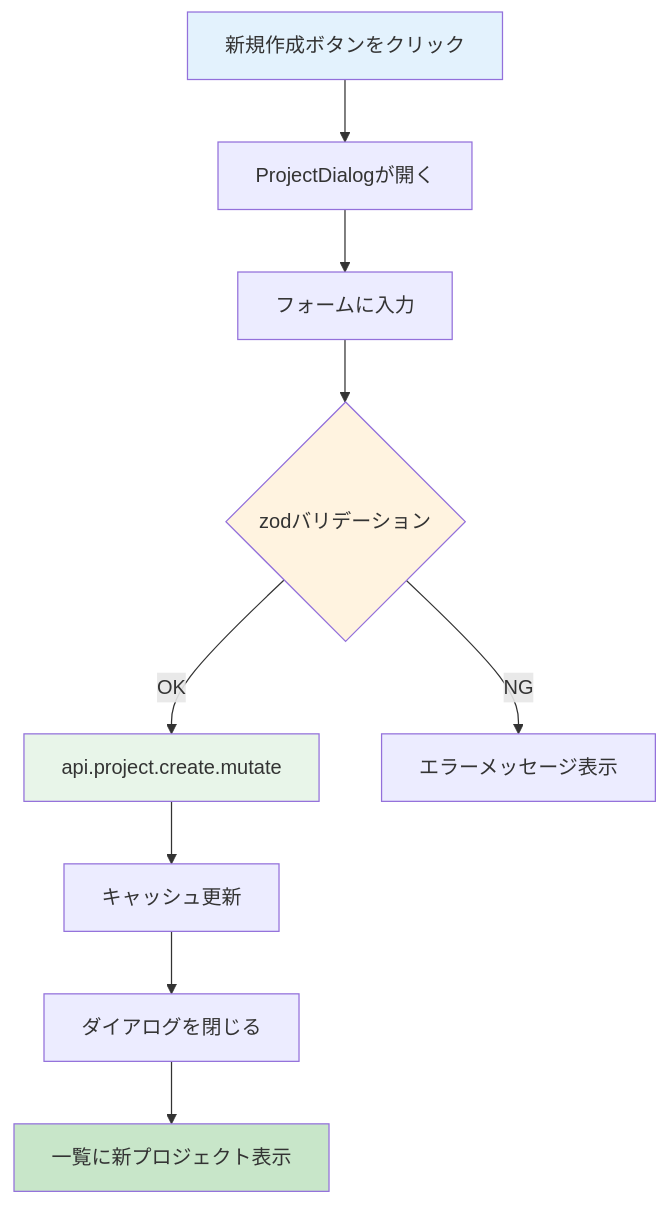
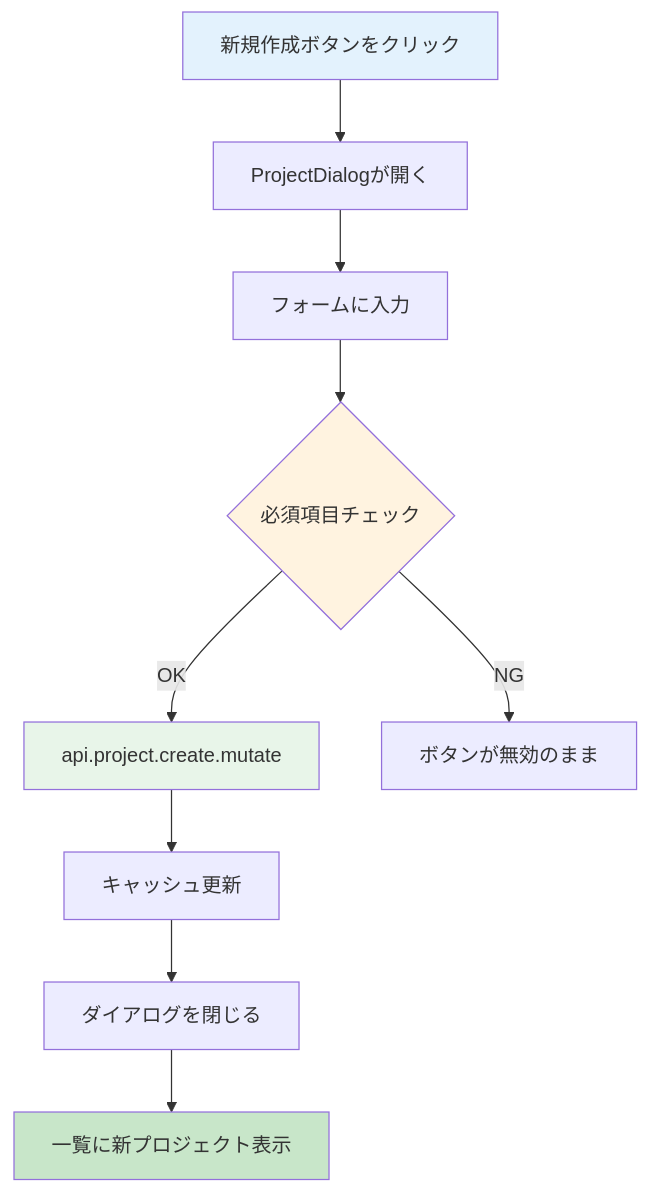
The diagram in material/30days-curriculum/day10_プロジェクト新規作成.md (kouiso/task-app), drawn with Mermaid before and after one commit. The commit also changed other lines of this file and 19 other files, not shown here.

````diff
--- a/material/30days-curriculum/day10_プロジェクト新規作成.md
+++ b/material/30days-curriculum/day10_プロジェクト新規作成.md
@@ -17,16 +17,16 @@
 ```mermaid
 graph TD
     A[新規作成ボタンをクリック] --> B[ProjectDialogが開く]
     B --> C[フォームに入力]
-    C --> D{zodバリデーション}
+    C --> D{必須項目チェック}
     D -->|OK| E[api.project.create.mutate]
-    D -->|NG| F[エラーメッセージ表示]
+    D -->|NG| F[ボタンが無効のまま]
     E --> G[キャッシュ更新]
     G --> H[ダイアログを閉じる]
     H --> I[一覧に新プロジェクト表示]
 
     style A fill:#e3f2fd
     style D fill:#fff3e0
     style E fill:#e8f5e9
     style I fill:#c8e6c9
 ```
````
